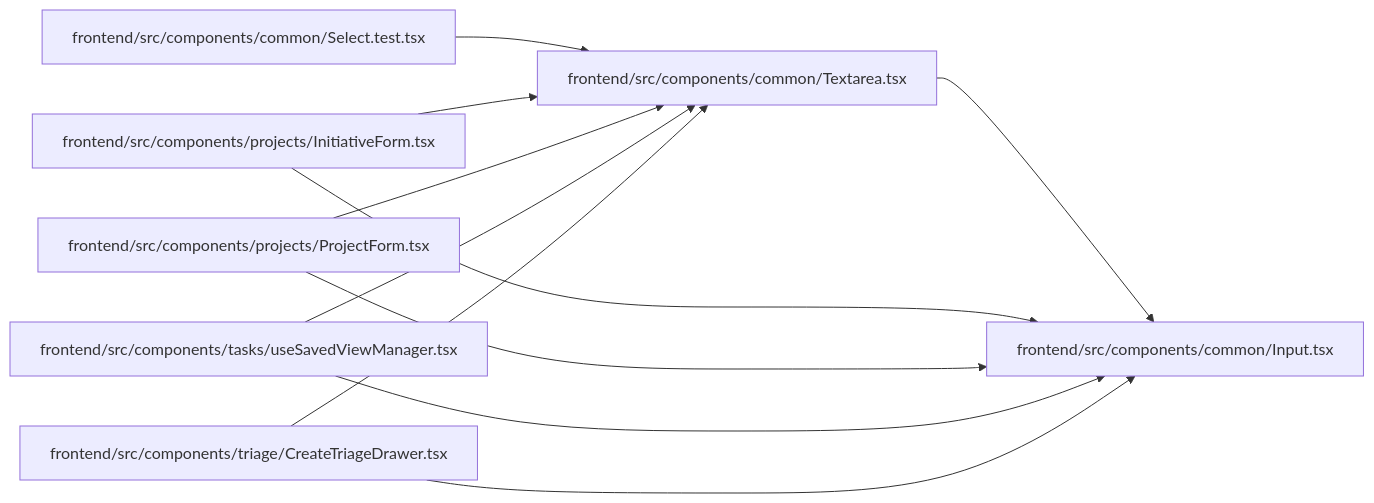
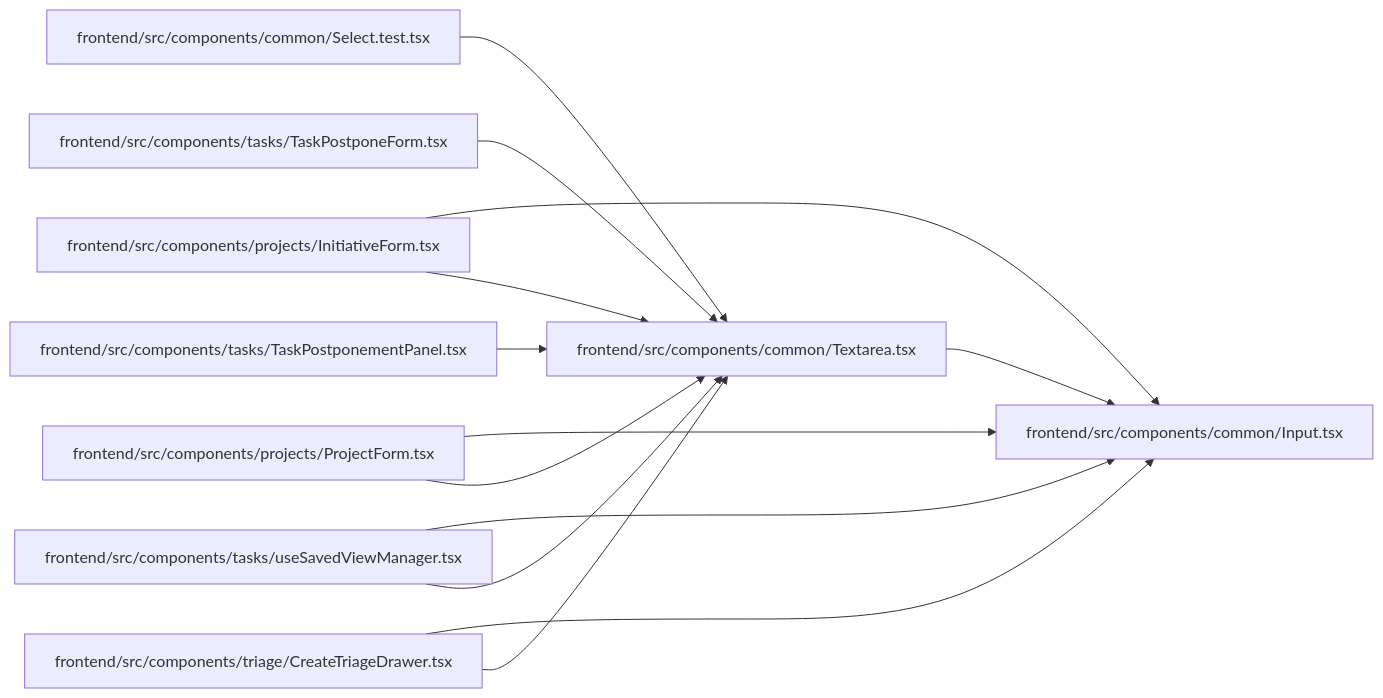
The diagram in docs/llm_wiki/modules/Textarea.md (Denissvgn/WorkChord), drawn with Mermaid before and after one commit. The commit also changed other lines of this file and 617 other files, not shown here.

Commit message:
Sync the architectural wiki for postponing from the task page

````diff
--- a/docs/llm_wiki/modules/Textarea.md
+++ b/docs/llm_wiki/modules/Textarea.md
@@ -29,27 +29,33 @@
 ```mermaid
 flowchart LR
     n0["frontend/src/components/common/Input.tsx"]
     n1["frontend/src/components/common/Select.test.tsx"]
     n2["frontend/src/components/common/Textarea.tsx"]
     n3["frontend/src/components/projects/InitiativeForm.tsx"]
     n4["frontend/src/components/projects/ProjectForm.tsx"]
-    n5["frontend/src/components/tasks/useSavedViewManager.tsx"]
-    n6["frontend/src/components/triage/CreateTriageDrawer.tsx"]
+    n5["frontend/src/components/tasks/TaskPostponeForm.tsx"]
+    n6["frontend/src/components/tasks/TaskPostponementPanel.tsx"]
+    n7["frontend/src/components/tasks/useSavedViewManager.tsx"]
+    n8["frontend/src/components/triage/CreateTriageDrawer.tsx"]
     n1 --> n2
     n2 --> n0
     n3 --> n0
     n3 --> n2
     n4 --> n0
     n4 --> n2
-    n5 --> n0
     n5 --> n2
-    n6 --> n0
     n6 --> n2
+    n7 --> n0
+    n7 --> n2
+    n8 --> n0
+    n8 --> n2
     click n0 "../modules/Input.md"
     click n1 "../modules/Select.test.md"
     click n2 "../modules/Textarea.md"
     click n3 "../modules/InitiativeForm.md"
     click n4 "../modules/ProjectForm.md"
-    click n5 "../modules/useSavedViewManager.md"
-    click n6 "../modules/CreateTriageDrawer.md"
+    click n5 "../modules/TaskPostponeForm.md"
+    click n6 "../modules/TaskPostponementPanel.md"
+    click n7 "../modules/useSavedViewManager.md"
+    click n8 "../modules/CreateTriageDrawer.md"
 ```
````
